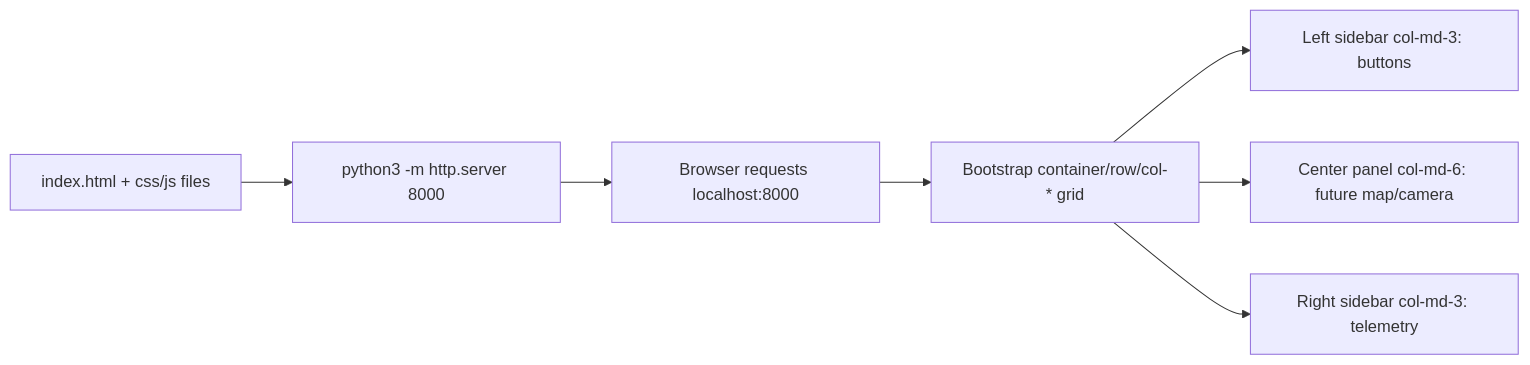
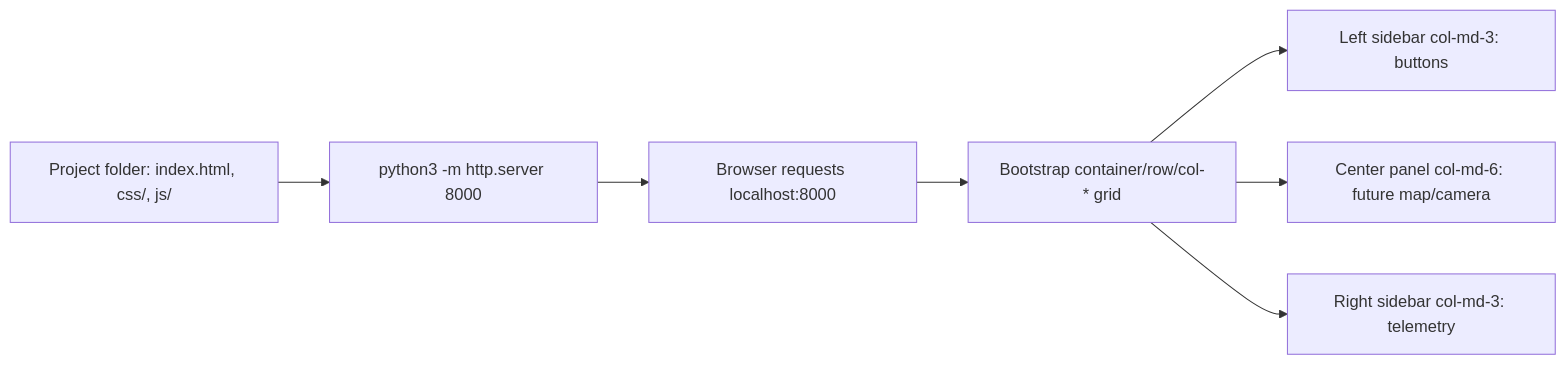
One commit to jgyy/robotcon changed the diagram in 13webdevelopmentforrobot/developing-web-interfaces-for-ros-2/01-setting-up-our-development-environment-part-1.md. Above: the diagram before and after it, drawn with Mermaid. The commit also changed other lines of this file and 27 other files, not shown here.

````diff
--- a/13webdevelopmentforrobot/developing-web-interfaces-for-ros-2/01-setting-up-our-development-environment-part-1.md
+++ b/13webdevelopmentforrobot/developing-web-interfaces-for-ros-2/01-setting-up-our-development-environment-part-1.md
@@ -7,9 +7,9 @@
 ```mermaid
 flowchart LR
-    Files[index.html + css/js files] --> Server[python3 -m http.server 8000]
+    Folder[Project folder: index.html, css/, js/] --> Server[python3 -m http.server 8000]
     Server --> Browser[Browser requests localhost:8000]
     Browser --> Grid[Bootstrap container/row/col-* grid]
     Grid --> Left[Left sidebar col-md-3: buttons]
     Grid --> Center[Center panel col-md-6: future map/camera]
     Grid --> Right[Right sidebar col-md-3: telemetry]
 ```
````
